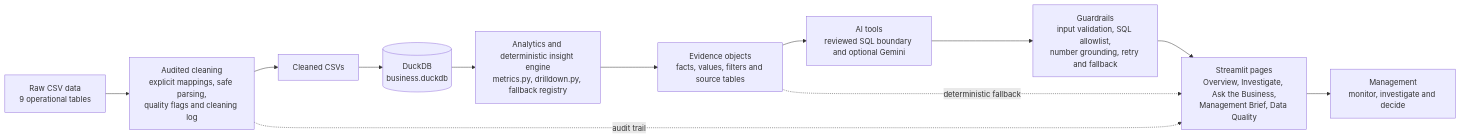
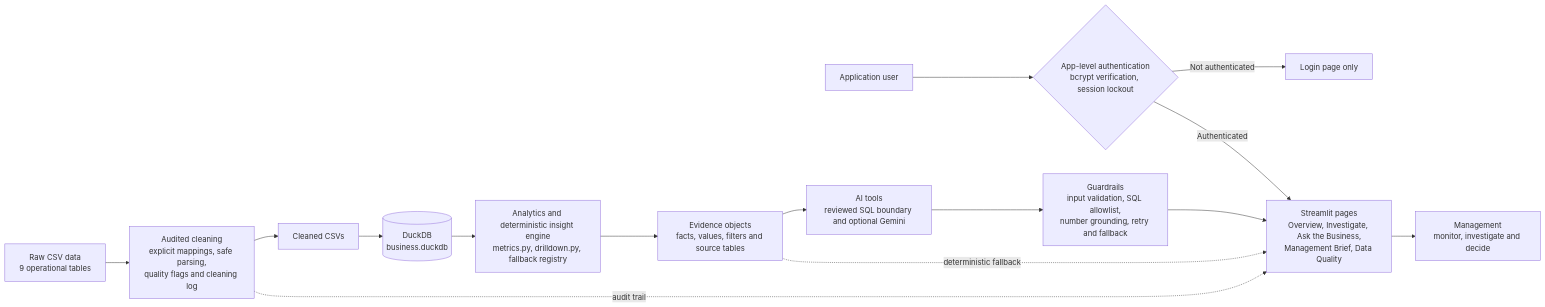
One commit to goflarbi-max/versalMotors changed the first of 3 diagrams in docs/architecture.md. Above: the diagram before and after it, drawn with Mermaid. The commit also changed other lines of this file and 12 other files, not shown here.

````diff
--- a/docs/architecture.md
+++ b/docs/architecture.md
@@ -5,18 +5,22 @@
 ```mermaid
 flowchart LR
+    USER[Application user] --> AUTH{App-level authentication<br/>bcrypt verification, session lockout}
+    AUTH -- Not authenticated --> LOGIN[Login page only]
+    AUTH -- Authenticated --> UI
+
     RAW[Raw CSV data<br/>9 operational tables] --> CLEAN[Audited cleaning<br/>explicit mappings, safe parsing,<br/>quality flags and cleaning log]
     CLEAN --> FILES[Cleaned CSVs]
     FILES --> DB[(DuckDB<br/>business.duckdb)]
 
     DB --> ANALYTICS[Analytics and deterministic insight engine<br/>metrics.py, drilldown.py, fallback registry]
     ANALYTICS --> EVIDENCE[Evidence objects<br/>facts, values, filters and source tables]
 
     EVIDENCE --> TOOLS[AI tools<br/>reviewed SQL boundary and optional Gemini]
     TOOLS --> GUARDS[Guardrails<br/>input validation, SQL allowlist,<br/>number grounding, retry and fallback]
 
     GUARDS --> UI[Streamlit pages<br/>Overview, Investigate, Ask the Business,<br/>Management Brief, Data Quality]
     UI --> MGMT[Management<br/>monitor, investigate and decide]
 
     CLEAN -. audit trail .-> UI
     EVIDENCE -. deterministic fallback .-> UI
 ```
````
